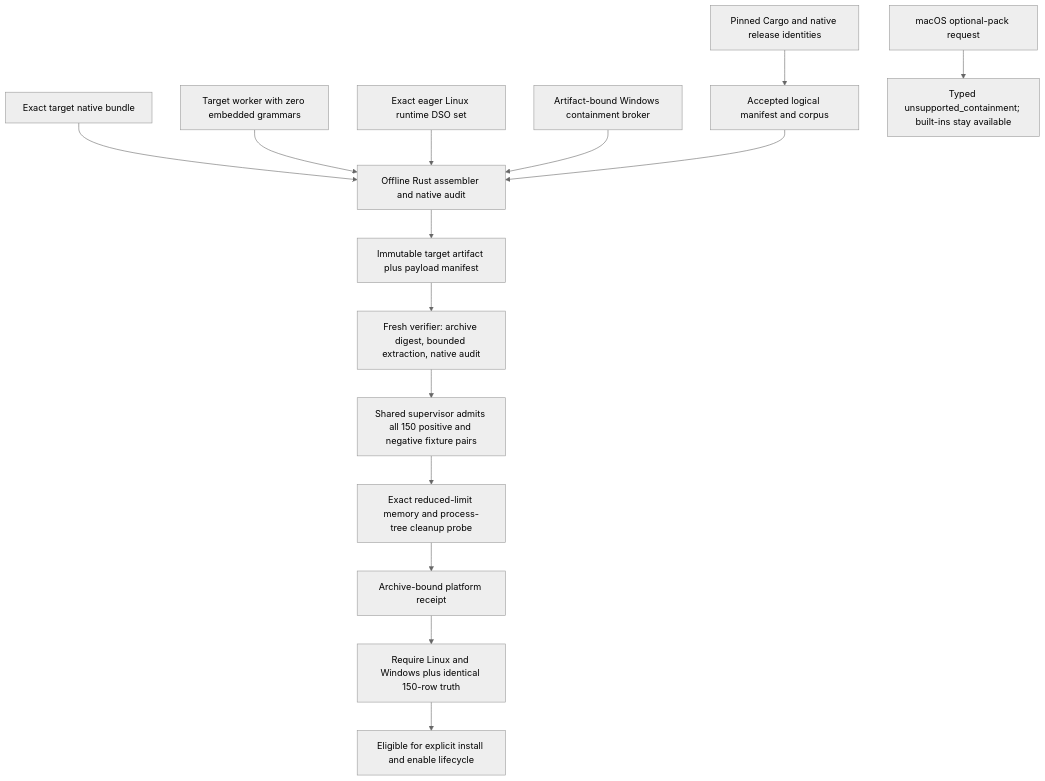
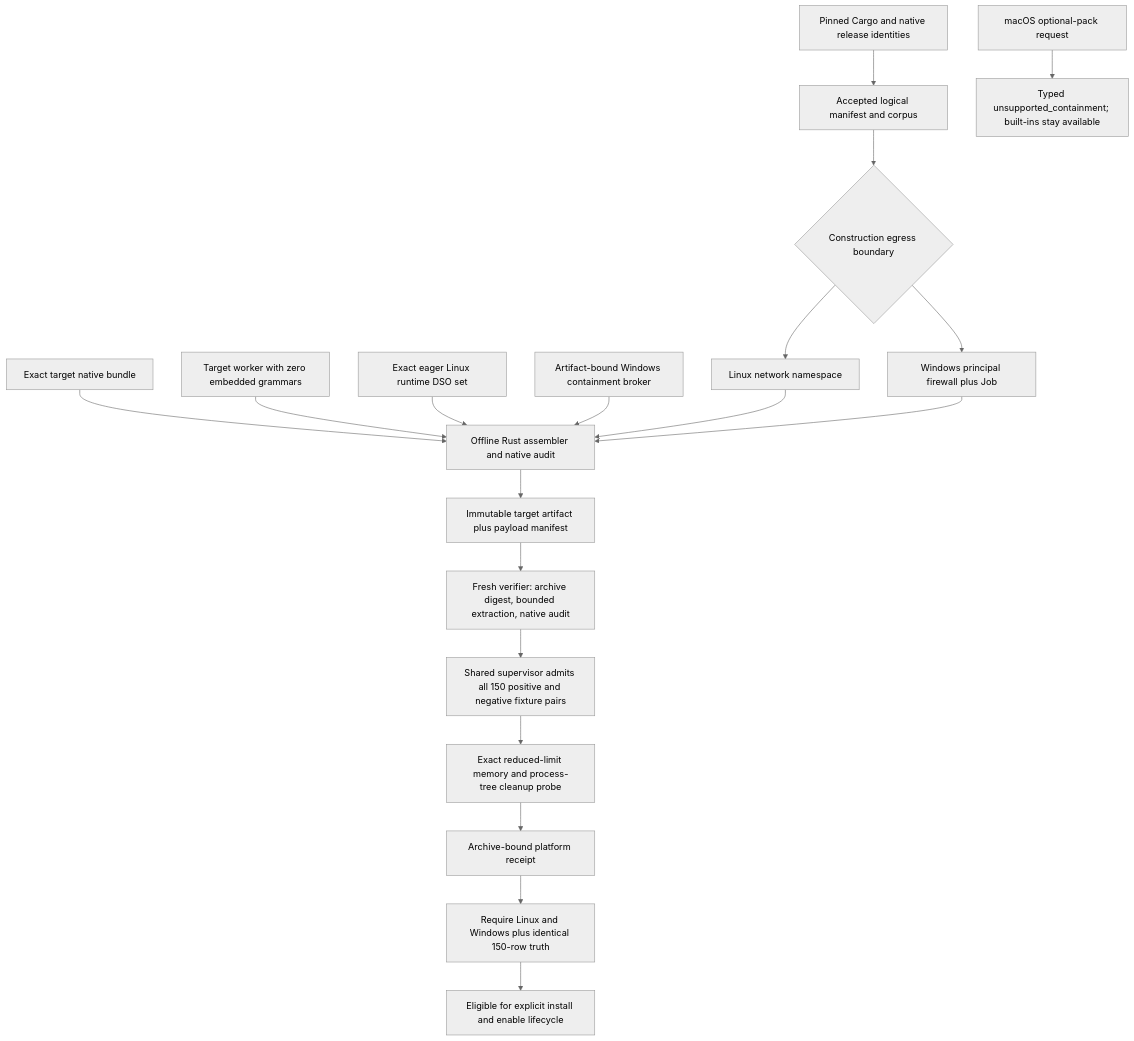
One commit to styler-ai/ProjectAtlas changed diagram 17 of 18 in docs/projectatlas-3-architecture.md. Above: the diagram before and after it, drawn with Mermaid (neutral theme). The commit also changed other lines of this file and 6 other files, not shown here.

Commit message:
fix(ci): restore offline Windows parser pack construction (#308)

````diff
--- a/docs/projectatlas-3-architecture.md
+++ b/docs/projectatlas-3-architecture.md
@@ -1681,17 +1687,21 @@
 ```mermaid
 flowchart TB
     Pins[Pinned Cargo and native release identities] --> Accepted[Accepted logical manifest and corpus]
     Bundle[Exact target native bundle] --> Construct[Offline Rust assembler and native audit]
     Worker[Target worker with zero embedded grammars] --> Construct
     LinuxRuntime[Exact eager Linux runtime DSO set] --> Construct
     WinBroker[Artifact-bound Windows containment broker] --> Construct
-    Accepted --> Construct
+    Accepted --> Boundary{Construction egress boundary}
+    Boundary --> LinuxBoundary[Linux network namespace]
+    Boundary --> WindowsBoundary[Windows principal firewall plus Job]
+    LinuxBoundary --> Construct
+    WindowsBoundary --> Construct
     Construct --> Artifact[Immutable target artifact plus payload manifest]
     Artifact --> Fresh[Fresh verifier: archive digest, bounded extraction, native audit]
     Fresh --> Admission[Shared supervisor admits all 150 positive and negative fixture pairs]
     Admission --> Memory[Exact reduced-limit memory and process-tree cleanup probe]
     Memory --> Receipt[Archive-bound platform receipt]
     Receipt --> Aggregate[Require Linux and Windows plus identical 150-row truth]
     Aggregate --> Lifecycle[Eligible for explicit install and enable lifecycle]
     Mac[macOS optional-pack request] --> Unsupported[Typed unsupported_containment; built-ins stay available]
 ```
````
